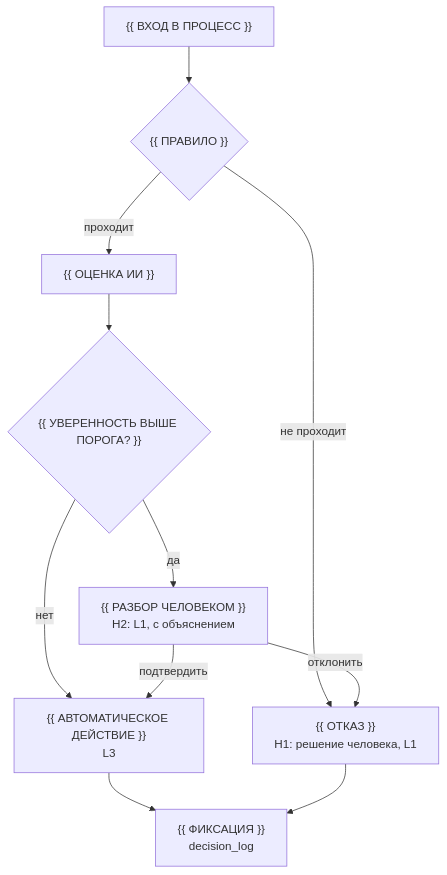
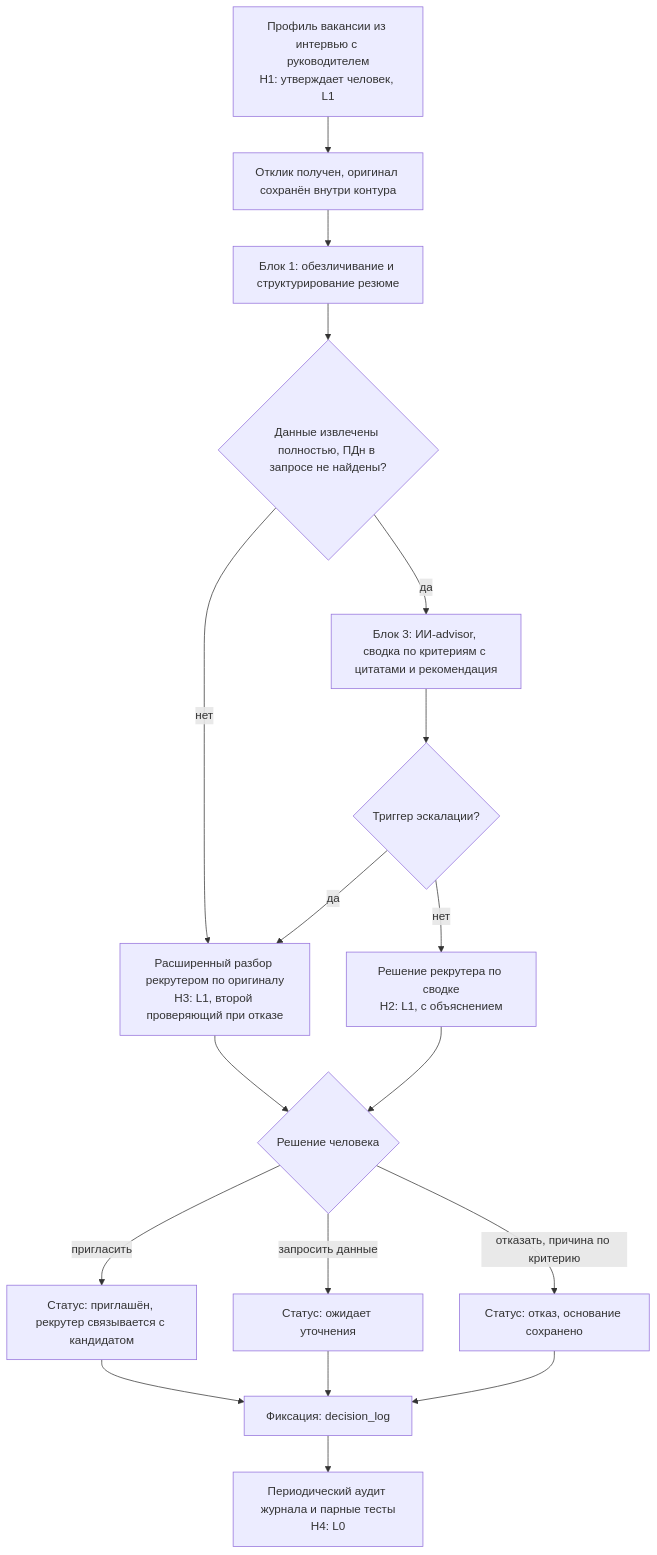
The first of 2 diagrams in docs/03_tobe_architecture.md (artemiy-0/team-hiring-04), drawn with Mermaid before and after one commit. The commit also changed other lines of this file, not shown here.

````diff
--- a/docs/03_tobe_architecture.md
+++ b/docs/03_tobe_architecture.md
@@ -25,13 +19,20 @@
 ```mermaid
 flowchart TD
-    S["{{ ВХОД В ПРОЦЕСС }}"] --> R{"{{ ПРАВИЛО }}"}
-    R -->|"не проходит"| REJ["{{ ОТКАЗ }}<br/>H1: решение человека, L1"]
-    R -->|"проходит"| M["{{ ОЦЕНКА ИИ }}"]
-    M --> C{"{{ УВЕРЕННОСТЬ ВЫШЕ ПОРОГА? }}"}
-    C -->|"нет"| AUTO["{{ АВТОМАТИЧЕСКОЕ ДЕЙСТВИЕ }}<br/>L3"]
-    C -->|"да"| H["{{ РАЗБОР ЧЕЛОВЕКОМ }}<br/>H2: L1, с объяснением"]
-    H -->|"подтвердить"| AUTO
-    H -->|"отклонить"| REJ
-    AUTO --> F["{{ ФИКСАЦИЯ }}<br/>decision_log"]
+    V["Профиль вакансии из интервью с руководителем<br/>H1: утверждает человек, L1"] --> S
+    S["Отклик получен, оригинал сохранён внутри контура"] --> B1["Блок 1: обезличивание и структурирование резюме"]
+    B1 --> R{"Данные извлечены полностью, ПДн в запросе не найдены?"}
+    R -->|"нет"| H3
+    R -->|"да"| M["Блок 3: ИИ-advisor, сводка по критериям с цитатами и рекомендация"]
+    M --> C{"Триггер эскалации?"}
+    C -->|"да"| H3["Расширенный разбор рекрутером по оригиналу<br/>H3: L1, второй проверяющий при отказе"]
+    C -->|"нет"| H2["Решение рекрутера по сводке<br/>H2: L1, с объяснением"]
+    H2 --> D{"Решение человека"}
+    H3 --> D
+    D -->|"пригласить"| INV["Статус: приглашён, рекрутер связывается с кандидатом"]
+    D -->|"запросить данные"| ASK["Статус: ожидает уточнения"]
+    D -->|"отказать, причина по критерию"| REJ["Статус: отказ, основание сохранено"]
+    INV --> F["Фиксация: decision_log"]
+    ASK --> F
     REJ --> F
+    F --> H4["Периодический аудит журнала и парные тесты<br/>H4: L0"]
 ```
````
